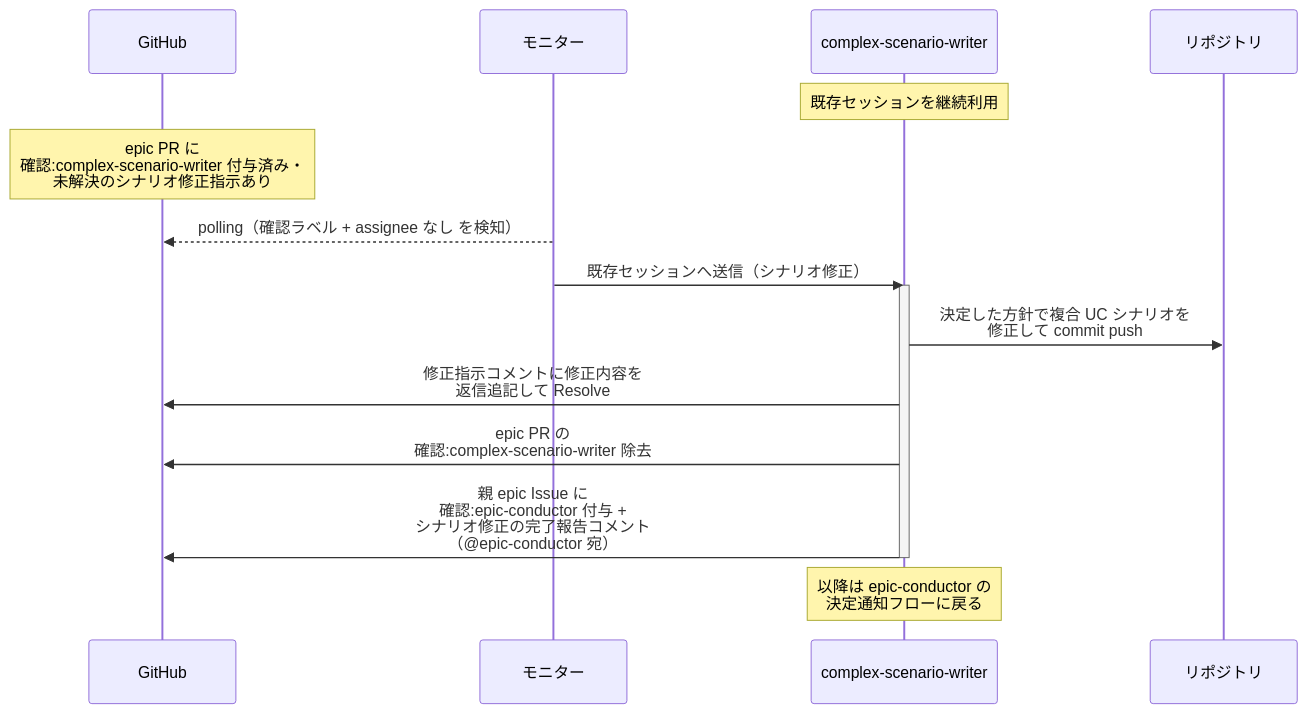
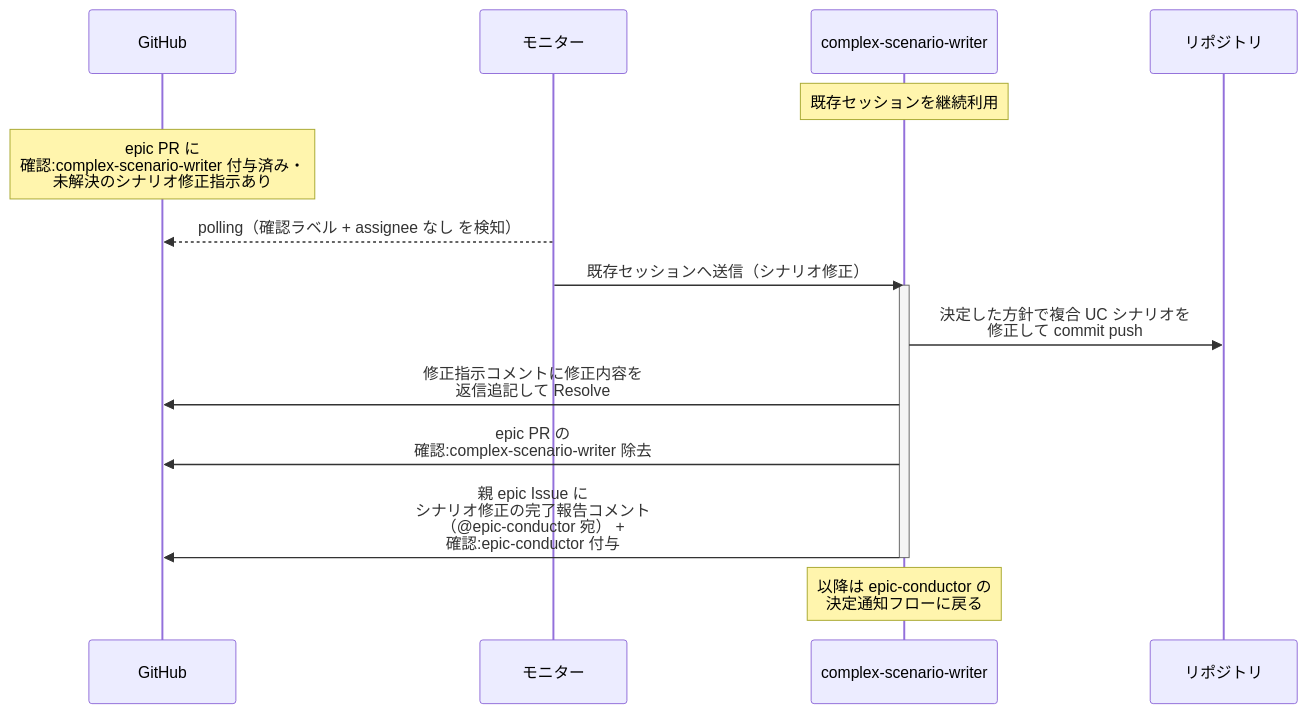
One commit to shuhei1101/ai-monitor changed the second of 3 diagrams in docs/wiki/設計図/シナリオ/単一ユースケース/複合シナリオ設計.md. Above: the diagram before and after it, drawn with Mermaid. The commit also changed other lines of this file and 29 other files, not shown here.

````diff
--- a/docs/wiki/設計図/シナリオ/単一ユースケース/複合シナリオ設計.md
+++ b/docs/wiki/設計図/シナリオ/単一ユースケース/複合シナリオ設計.md
@@ -89,19 +89,19 @@
 ```mermaid
 sequenceDiagram
   participant GH as GitHub
   participant ORC as モニター
   participant MON as complex-scenario-writer
   participant REPO as リポジトリ
 
   Note over MON: 既存セッションを継続利用
   Note over GH: epic PR に<br>確認:complex-scenario-writer 付与済み・<br>未解決のシナリオ修正指示あり
   ORC-->>GH: polling（確認ラベル + assignee なし を検知）
   ORC->>MON: 既存セッションへ送信（シナリオ修正）
   activate MON
   MON->>REPO: 決定した方針で複合 UC シナリオを<br>修正して commit push
   MON->>GH: 修正指示コメントに修正内容を<br>返信追記して Resolve
   MON->>GH: epic PR の<br>確認:complex-scenario-writer 除去
-  MON->>GH: 親 epic Issue に<br>確認:epic-conductor 付与 +<br>シナリオ修正の完了報告コメント<br>（@epic-conductor 宛）
+  MON->>GH: 親 epic Issue に<br>シナリオ修正の完了報告コメント<br>（@epic-conductor 宛） +<br>確認:epic-conductor 付与
   deactivate MON
   Note over MON: 以降は epic-conductor の<br>決定通知フローに戻る
 ```
````
